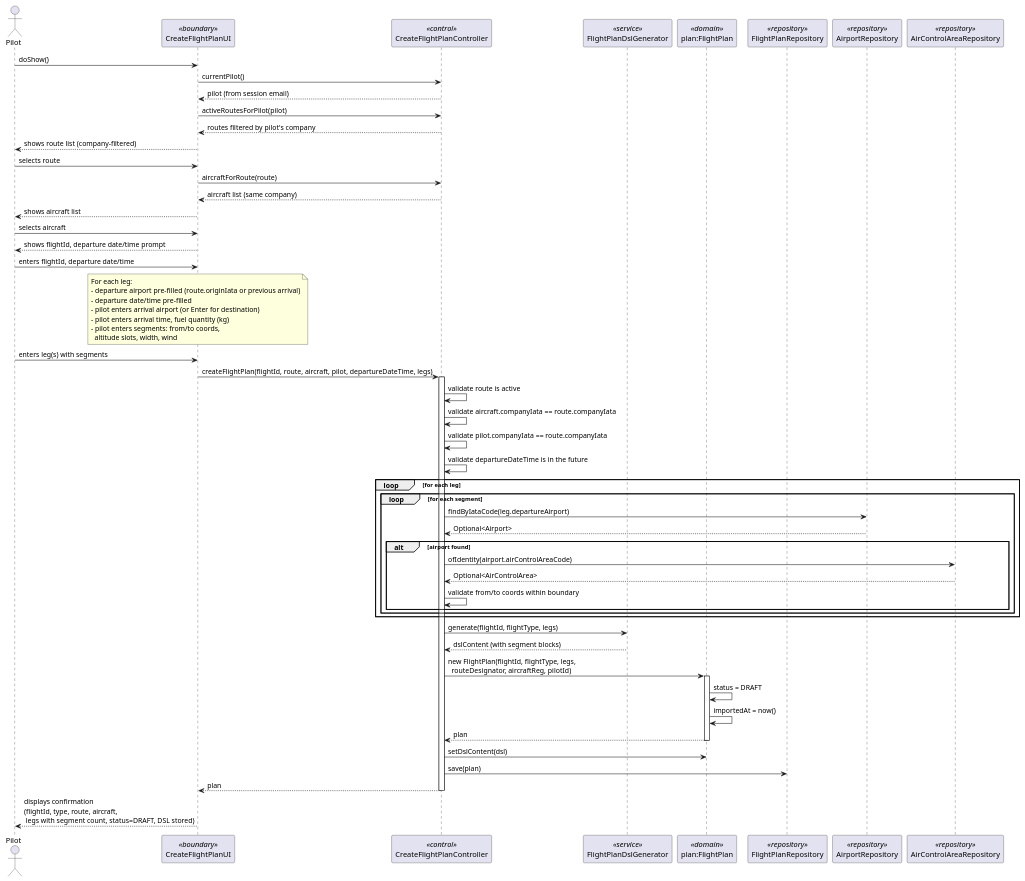
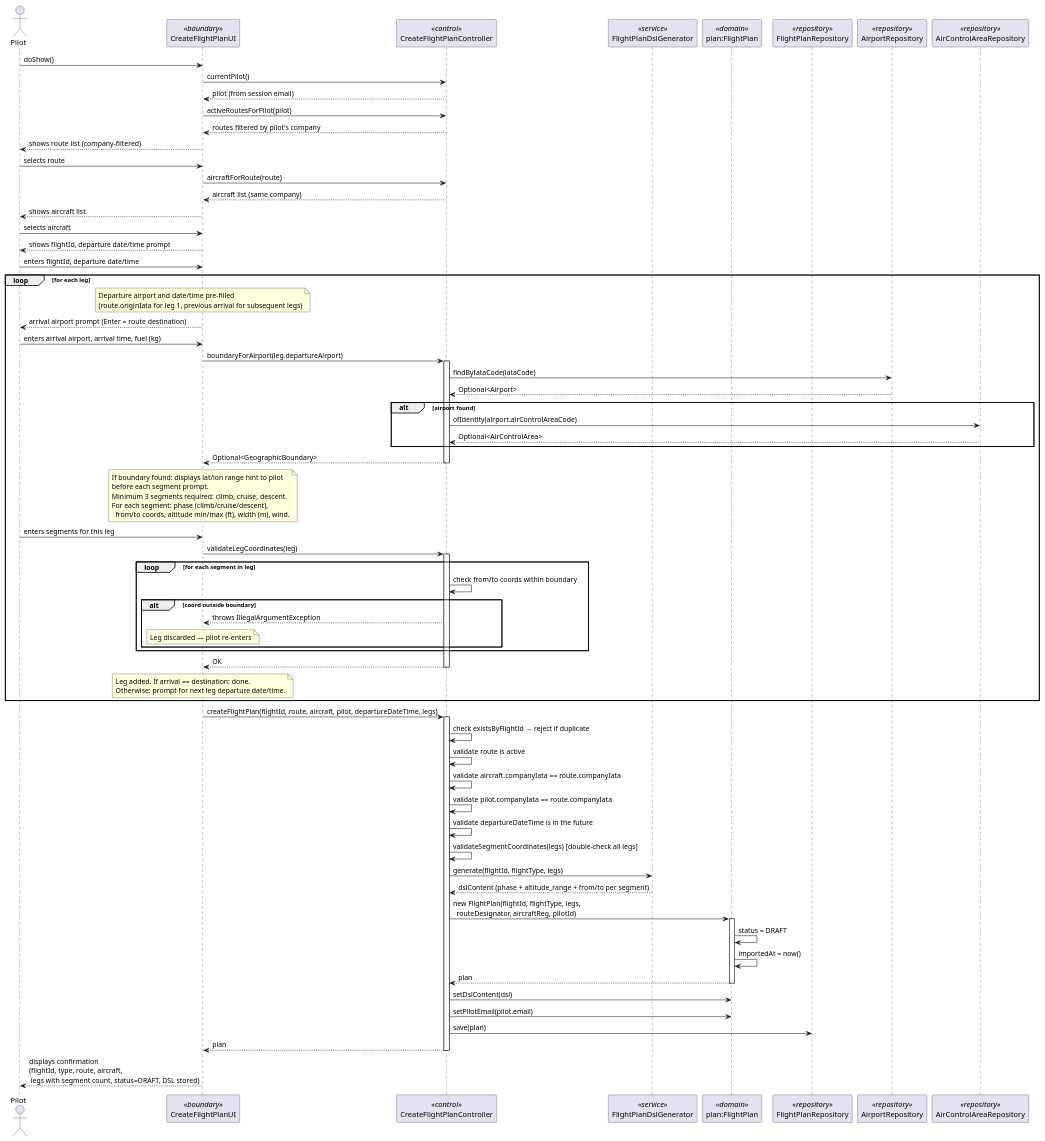
One commit to DuartePinto1240/sem4pi2526-sem4pi2526_2da2 changed the diagram in docs/Sprint 3/EAPLI/US080/puml/US080-sequence-diagram.puml. Above: the diagram before and after it, drawn with PlantUML. The commit also changed 57 other files, not shown here.

Commit message:
fix: pilot isolation, company filtering, flight plan creation improvements, docs update and TCP fix

```diff
--- a/docs/Sprint 3/EAPLI/US080/puml/US080-sequence-diagram.puml
+++ b/docs/Sprint 3/EAPLI/US080/puml/US080-sequence-diagram.puml
@@ -1,78 +1,105 @@
 @startuml
 actor Pilot
 participant CreateFlightPlanUI as UI <<boundary>>
 participant CreateFlightPlanController as CTRL <<control>>
 participant FlightPlanDslGenerator as DSL <<service>>
 participant "plan:FlightPlan" as PLAN <<domain>>
 participant FlightPlanRepository as REPO <<repository>>
 participant AirportRepository as AREPO <<repository>>
 participant AirControlAreaRepository as ACREPO <<repository>>
 
 Pilot -> UI : doShow()
 
 UI -> CTRL : currentPilot()
 CTRL --> UI : pilot (from session email)
 
 UI -> CTRL : activeRoutesForPilot(pilot)
 CTRL --> UI : routes filtered by pilot's company
 
 UI --> Pilot : shows route list (company-filtered)
 Pilot -> UI : selects route
 
 UI -> CTRL : aircraftForRoute(route)
 CTRL --> UI : aircraft list (same company)
 UI --> Pilot : shows aircraft list
 Pilot -> UI : selects aircraft
 
 UI --> Pilot : shows flightId, departure date/time prompt
 Pilot -> UI : enters flightId, departure date/time
 
-note over UI
-  For each leg:
-  - departure airport pre-filled (route.originIata or previous arrival)
-  - departure date/time pre-filled
-  - pilot enters arrival airport (or Enter for destination)
-  - pilot enters arrival time, fuel quantity (kg)
-  - pilot enters segments: from/to coords,
-    altitude slots, width, wind
-end note
+loop for each leg
+    note over UI
+      Departure airport and date/time pre-filled
+      (route.originIata for leg 1, previous arrival for subsequent legs)
+    end note
 
-Pilot -> UI : enters leg(s) with segments
+    UI --> Pilot : arrival airport prompt (Enter = route destination)
+    Pilot -> UI : enters arrival airport, arrival time, fuel (kg)
+
+    UI -> CTRL : boundaryForAirport(leg.departureAirport)
+    activate CTRL
+    CTRL -> AREPO : findByIataCode(iataCode)
+    AREPO --> CTRL : Optional<Airport>
+    alt airport found
+        CTRL -> ACREPO : ofIdentity(airport.airControlAreaCode)
+        ACREPO --> CTRL : Optional<AirControlArea>
+    end
+    CTRL --> UI : Optional<GeographicBoundary>
+    deactivate CTRL
+
+    note over UI
+      If boundary found: displays lat/lon range hint to pilot
+      before each segment prompt.
+      Minimum 3 segments required: climb, cruise, descent.
+      For each segment: phase (climb/cruise/descent),
+        from/to coords, altitude min/max (ft), width (m), wind.
+    end note
+
+    Pilot -> UI : enters segments for this leg
+
+    UI -> CTRL : validateLegCoordinates(leg)
+    activate CTRL
+    loop for each segment in leg
+        CTRL -> CTRL : check from/to coords within boundary
+        alt coord outside boundary
+            CTRL --> UI : throws IllegalArgumentException
+            note over UI: Leg discarded — pilot re-enters
+        end
+    end
+    CTRL --> UI : OK
+    deactivate CTRL
+
+    note over UI
+      Leg added. If arrival == destination: done.
+      Otherwise: prompt for next leg departure date/time.
+    end note
+end
 
 UI -> CTRL : createFlightPlan(flightId, route, aircraft, pilot, departureDateTime, legs)
 activate CTRL
 
+CTRL -> CTRL : check existsByFlightId → reject if duplicate
 CTRL -> CTRL : validate route is active
 CTRL -> CTRL : validate aircraft.companyIata == route.companyIata
 CTRL -> CTRL : validate pilot.companyIata == route.companyIata
 CTRL -> CTRL : validate departureDateTime is in the future
-
-loop for each leg
-    loop for each segment
-        CTRL -> AREPO : findByIataCode(leg.departureAirport)
-        AREPO --> CTRL : Optional<Airport>
-        alt airport found
-            CTRL -> ACREPO : ofIdentity(airport.airControlAreaCode)
-            ACREPO --> CTRL : Optional<AirControlArea>
-            CTRL -> CTRL : validate from/to coords within boundary
-        end
-    end
-end
+CTRL -> CTRL : validateSegmentCoordinates(legs) [double-check all legs]
 
 CTRL -> DSL : generate(flightId, flightType, legs)
-DSL --> CTRL : dslContent (with segment blocks)
+DSL --> CTRL : dslContent (phase + altitude_range + from/to per segment)
 
 CTRL -> PLAN : new FlightPlan(flightId, flightType, legs,\n  routeDesignator, aircraftReg, pilotId)
 activate PLAN
 PLAN -> PLAN : status = DRAFT
 PLAN -> PLAN : importedAt = now()
 PLAN --> CTRL : plan
 deactivate PLAN
 
 CTRL -> PLAN : setDslContent(dsl)
+CTRL -> PLAN : setPilotEmail(pilot.email)
 CTRL -> REPO : save(plan)
 CTRL --> UI : plan
 deactivate CTRL
 
 UI --> Pilot : displays confirmation\n(flightId, type, route, aircraft,\n legs with segment count, status=DRAFT, DSL stored)
 @enduml
```
